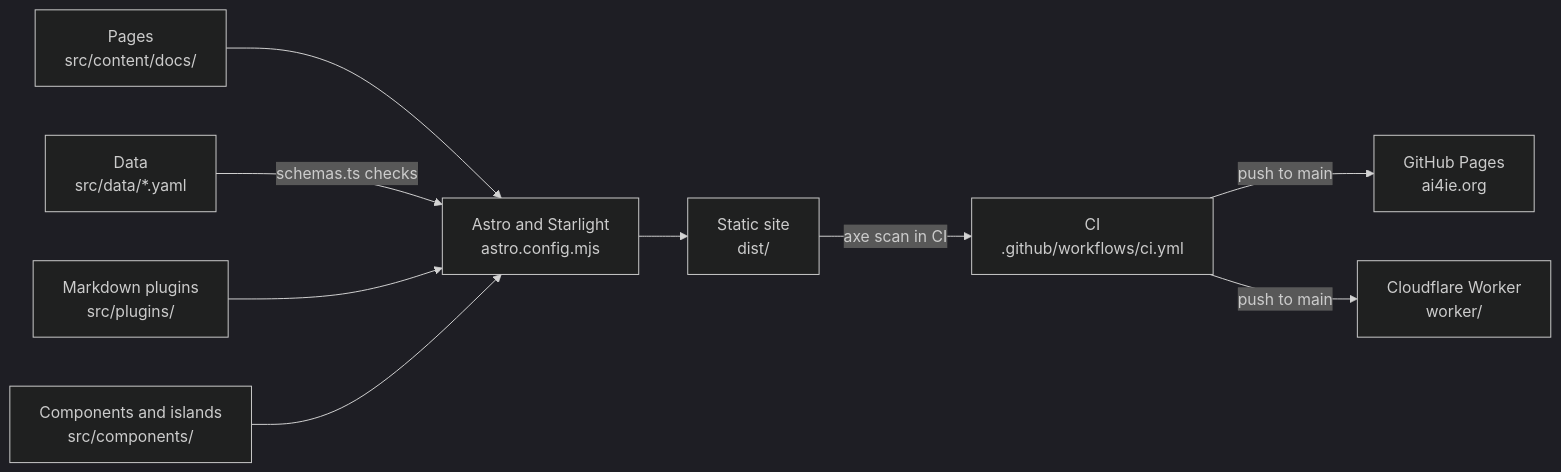
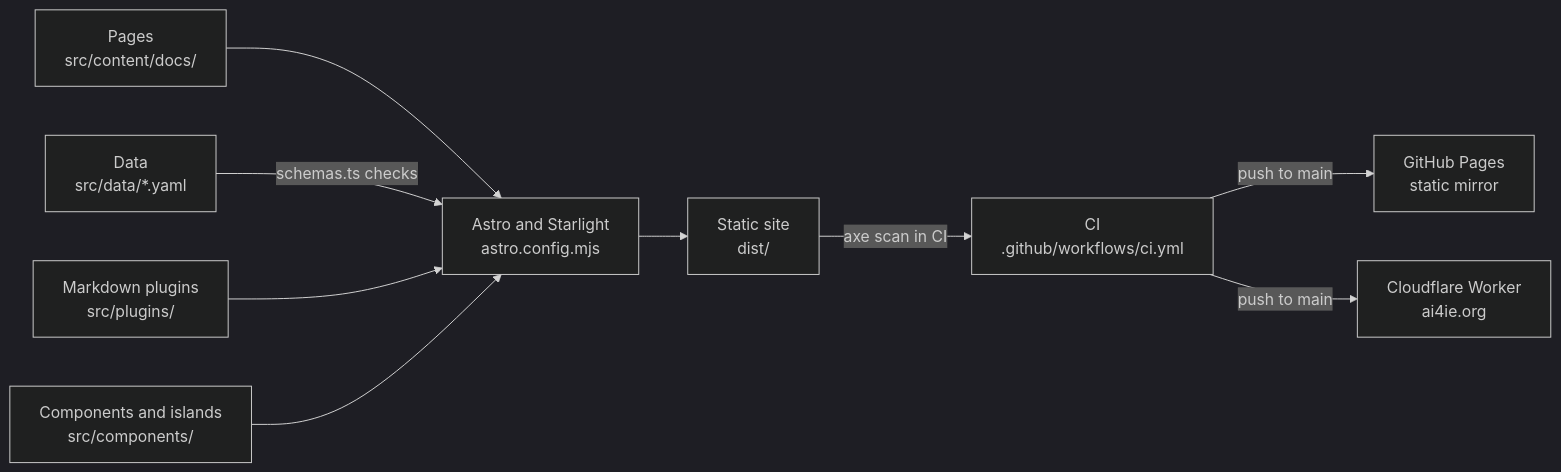
One commit to ammarkaskar/awesome-ai4ie changed the diagram in README.md. Above: the diagram before and after it, drawn with Mermaid (dark theme). The commit also changed other lines of this file and 4 other files, not shown here.

````diff
--- a/README.md
+++ b/README.md
@@ -27,11 +27,11 @@
 ```mermaid
 flowchart LR
   pages["Pages<br/>src/content/docs/"] --> astro["Astro and Starlight<br/>astro.config.mjs"]
   data["Data<br/>src/data/*.yaml"] -->|schemas.ts checks| astro
   plugins["Markdown plugins<br/>src/plugins/"] --> astro
   components["Components and islands<br/>src/components/"] --> astro
   astro --> dist["Static site<br/>dist/"]
   dist -->|axe scan in CI| ci["CI<br/>.github/workflows/ci.yml"]
-  ci -->|push to main| pages_host["GitHub Pages<br/>ai4ie.org"]
-  ci -->|push to main| worker["Cloudflare Worker<br/>worker/"]
+  ci -->|push to main| pages_host["GitHub Pages<br/>static mirror"]
+  ci -->|push to main| worker["Cloudflare Worker<br/>ai4ie.org"]
 ```
````
